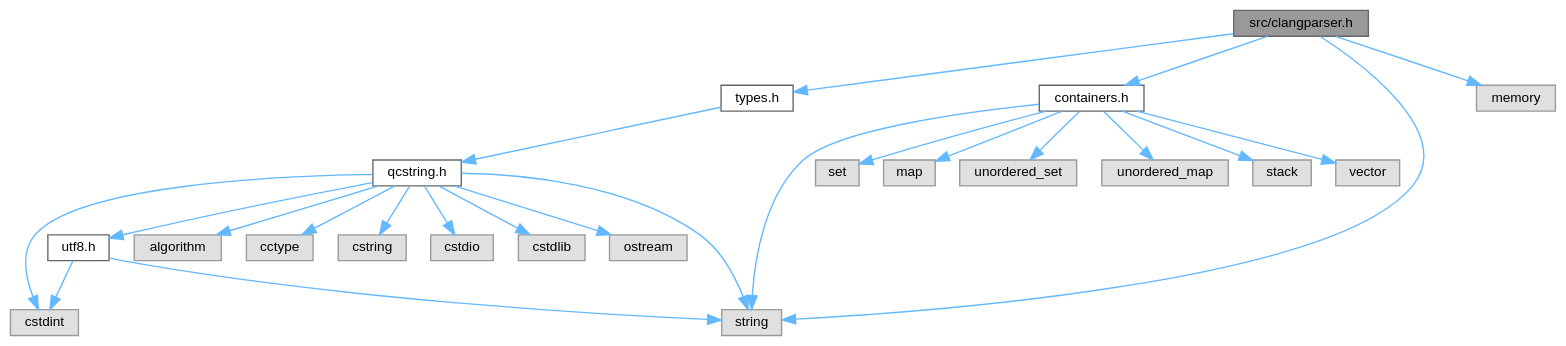
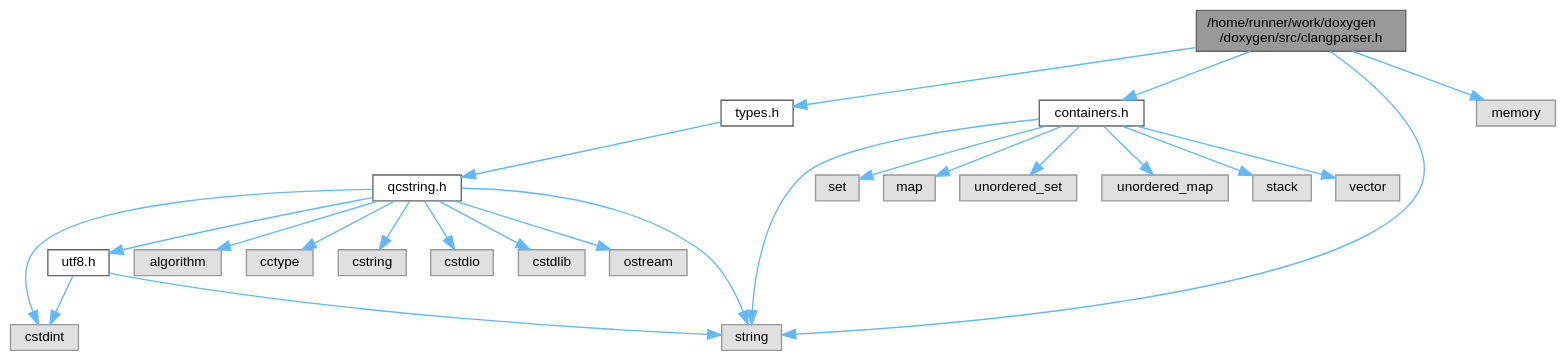
The diagram in d1/d46/clangparser_8h__incl.dot (petyovsky/doxygen), drawn with Graphviz before and after one commit. The commit also changed 5062 other files, not shown here.

```diff
--- a/d1/d46/clangparser_8h__incl.dot
+++ b/d1/d46/clangparser_8h__incl.dot
@@ -1,51 +1,51 @@
-digraph "src/clangparser.h"
+digraph "/home/runner/work/doxygen/doxygen/src/clangparser.h"
 {
  // INTERACTIVE_SVG=YES
  // LATEX_PDF_SIZE
   bgcolor="transparent";
   edge [fontname=Helvetica,fontsize=10,labelfontname=Helvetica,labelfontsize=10];
   node [fontname=Helvetica,fontsize=10,shape=box,height=0.2,width=0.4];
-  Node1 [label="src/clangparser.h",height=0.2,width=0.4,color="gray40", fillcolor="grey60", style="filled", fontcolor="black",tooltip=" "];
+  Node1 [label="/home/runner/work/doxygen\l/doxygen/src/clangparser.h",height=0.2,width=0.4,color="gray40", fillcolor="grey60", style="filled", fontcolor="black",tooltip=" "];
   Node1 -> Node2 [color="steelblue1",style="solid"];
   Node2 [label="containers.h",height=0.2,width=0.4,color="grey40", fillcolor="white", style="filled",URL="$d5/d75/containers_8h.html",tooltip=" "];
   Node2 -> Node3 [color="steelblue1",style="solid"];
   Node3 [label="vector",height=0.2,width=0.4,color="grey60", fillcolor="#E0E0E0", style="filled",tooltip=" "];
   Node2 -> Node4 [color="steelblue1",style="solid"];
   Node4 [label="string",height=0.2,width=0.4,color="grey60", fillcolor="#E0E0E0", style="filled",tooltip=" "];
   Node2 -> Node5 [color="steelblue1",style="solid"];
   Node5 [label="set",height=0.2,width=0.4,color="grey60", fillcolor="#E0E0E0", style="filled",tooltip=" "];
   Node2 -> Node6 [color="steelblue1",style="solid"];
   Node6 [label="map",height=0.2,width=0.4,color="grey60", fillcolor="#E0E0E0", style="filled",tooltip=" "];
   Node2 -> Node7 [color="steelblue1",style="solid"];
   Node7 [label="unordered_set",height=0.2,width=0.4,color="grey60", fillcolor="#E0E0E0", style="filled",tooltip=" "];
   Node2 -> Node8 [color="steelblue1",style="solid"];
   Node8 [label="unordered_map",height=0.2,width=0.4,color="grey60", fillcolor="#E0E0E0", style="filled",tooltip=" "];
   Node2 -> Node9 [color="steelblue1",style="solid"];
   Node9 [label="stack",height=0.2,width=0.4,color="grey60", fillcolor="#E0E0E0", style="filled",tooltip=" "];
   Node1 -> Node10 [color="steelblue1",style="solid"];
   Node10 [label="types.h",height=0.2,width=0.4,color="grey40", fillcolor="white", style="filled",URL="$d9/d49/types_8h.html",tooltip="This file contains a number of basic enums and types."];
   Node10 -> Node11 [color="steelblue1",style="solid"];
   Node11 [label="qcstring.h",height=0.2,width=0.4,color="grey40", fillcolor="white", style="filled",URL="$d7/d5c/qcstring_8h.html",tooltip=" "];
   Node11 -> Node4 [color="steelblue1",style="solid"];
   Node11 -> Node12 [color="steelblue1",style="solid"];
   Node12 [label="algorithm",height=0.2,width=0.4,color="grey60", fillcolor="#E0E0E0", style="filled",tooltip=" "];
   Node11 -> Node13 [color="steelblue1",style="solid"];
   Node13 [label="cctype",height=0.2,width=0.4,color="grey60", fillcolor="#E0E0E0", style="filled",tooltip=" "];
   Node11 -> Node14 [color="steelblue1",style="solid"];
   Node14 [label="cstring",height=0.2,width=0.4,color="grey60", fillcolor="#E0E0E0", style="filled",tooltip=" "];
   Node11 -> Node15 [color="steelblue1",style="solid"];
   Node15 [label="cstdio",height=0.2,width=0.4,color="grey60", fillcolor="#E0E0E0", style="filled",tooltip=" "];
   Node11 -> Node16 [color="steelblue1",style="solid"];
   Node16 [label="cstdlib",height=0.2,width=0.4,color="grey60", fillcolor="#E0E0E0", style="filled",tooltip=" "];
   Node11 -> Node17 [color="steelblue1",style="solid"];
   Node17 [label="cstdint",height=0.2,width=0.4,color="grey60", fillcolor="#E0E0E0", style="filled",tooltip=" "];
   Node11 -> Node18 [color="steelblue1",style="solid"];
   Node18 [label="ostream",height=0.2,width=0.4,color="grey60", fillcolor="#E0E0E0", style="filled",tooltip=" "];
   Node11 -> Node19 [color="steelblue1",style="solid"];
   Node19 [label="utf8.h",height=0.2,width=0.4,color="grey40", fillcolor="white", style="filled",URL="$db/d7c/utf8_8h.html",tooltip="Various UTF8 related helper functions."];
   Node19 -> Node17 [color="steelblue1",style="solid"];
   Node19 -> Node4 [color="steelblue1",style="solid"];
   Node1 -> Node20 [color="steelblue1",style="solid"];
   Node20 [label="memory",height=0.2,width=0.4,color="grey60", fillcolor="#E0E0E0", style="filled",tooltip=" "];
   Node1 -> Node4 [color="steelblue1",style="solid"];
 }
```
